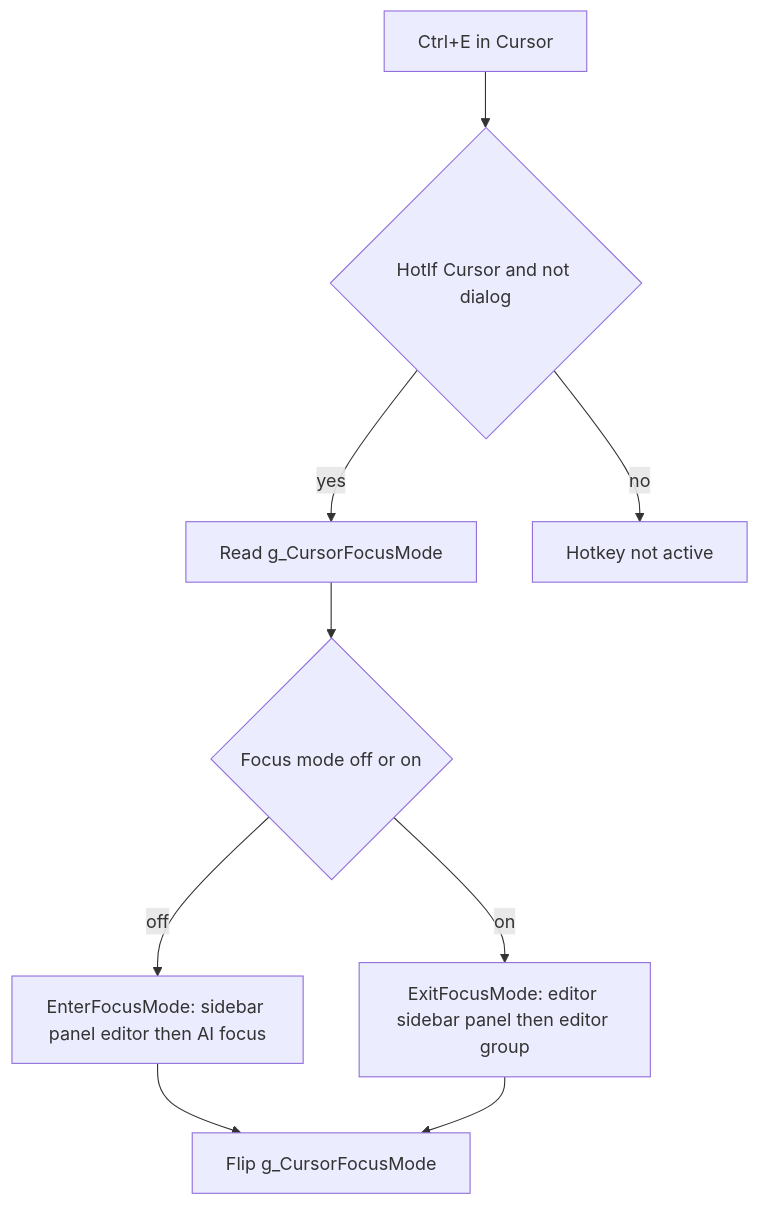
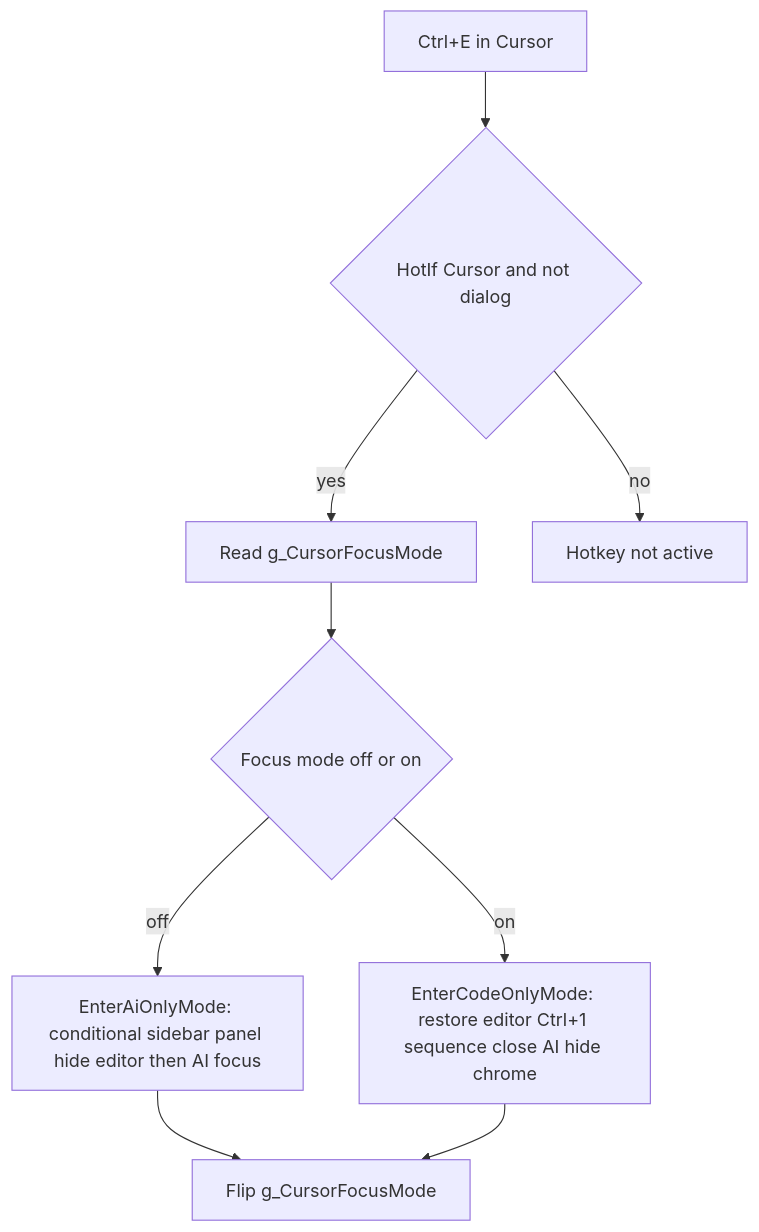
One commit to duducm2/scripts changed the diagram in cursor-ide-ctrl-e-junior-brief.md. Above: the diagram before and after it, drawn with Mermaid. The commit also changed other lines of this file and 1 other file, not shown here.

First line of the commit message:
Refactor focus mode handling in Cursor scripts for improved clarity and functionality

````diff
--- a/cursor-ide-ctrl-e-junior-brief.md
+++ b/cursor-ide-ctrl-e-junior-brief.md
@@ -59,18 +59,18 @@
 ```mermaid
 flowchart TD
   start[Ctrl+E in Cursor]
   gate{HotIf Cursor and not dialog}
   readState[Read g_CursorFocusMode]
   branch{Focus mode off or on}
-  toB[EnterFocusMode: sidebar panel editor then AI focus]
-  toA[ExitFocusMode: editor sidebar panel then editor group]
+  toB[EnterAiOnlyMode: conditional sidebar panel hide editor then AI focus]
+  toA[EnterCodeOnlyMode: restore editor Ctrl+1 sequence close AI hide chrome]
   flip[Flip g_CursorFocusMode]
   start --> gate
   gate -->|no| pass[Hotkey not active]
   gate -->|yes| readState
   readState --> branch
   branch -->|off| toB
   branch -->|on| toA
   toB --> flip
   toA --> flip
 ```
````
